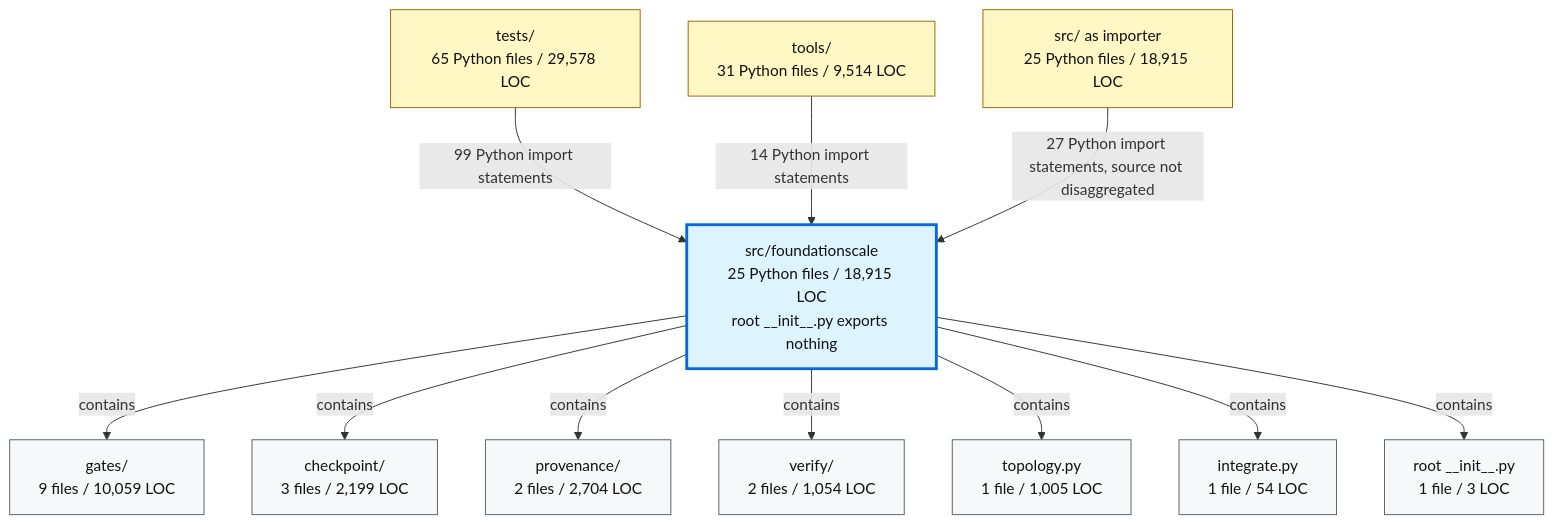
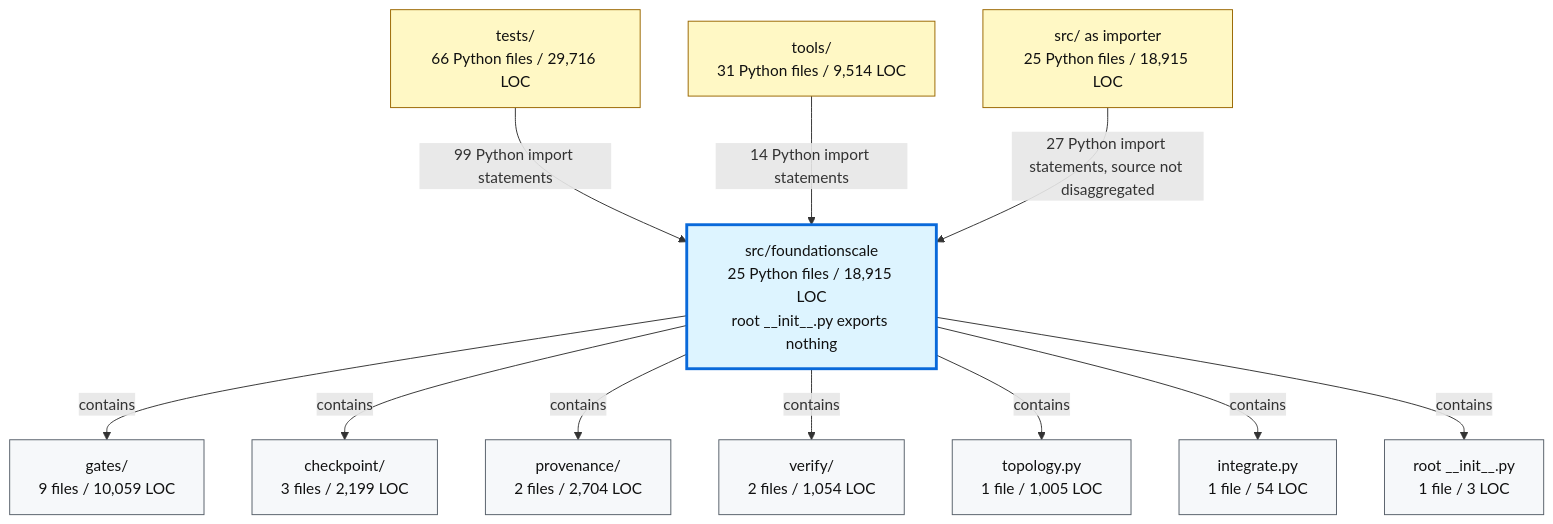
Before and after one commit to TranNhiem/FoundationScale: the second of 2 diagrams in docs/review/D2_current_architecture.md, drawn with Mermaid. The commit also changed 12 other files, not shown here.

````diff
--- a/docs/review/D2_current_architecture.md
+++ b/docs/review/D2_current_architecture.md
@@ -97,36 +97,36 @@
 ```mermaid
 flowchart TB
-  TESTS["tests/<br/>65 Python files / 29,578 LOC"]
+  TESTS["tests/<br/>66 Python files / 29,716 LOC"]
   TOOLS["tools/<br/>31 Python files / 9,514 LOC"]
   SRC["src/ as importer<br/>25 Python files / 18,915 LOC"]
 
   FS["src/foundationscale<br/>25 Python files / 18,915 LOC<br/>root __init__.py exports nothing"]
 
   GATES["gates/<br/>9 files / 10,059 LOC"]
   CKPT["checkpoint/<br/>3 files / 2,199 LOC"]
   PROV["provenance/<br/>2 files / 2,704 LOC"]
   VERIFY["verify/<br/>2 files / 1,054 LOC"]
   TOPO["topology.py<br/>1 file / 1,005 LOC"]
   INTEG["integrate.py<br/>1 file / 54 LOC"]
   ROOT["root __init__.py<br/>1 file / 3 LOC"]
 
   TESTS -->|"99 Python import statements"| FS
   TOOLS -->|"14 Python import statements"| FS
   SRC -->|"27 Python import statements, source not disaggregated"| FS
 
   FS -->|"contains"| GATES
   FS -->|"contains"| CKPT
   FS -->|"contains"| PROV
   FS -->|"contains"| VERIFY
   FS -->|"contains"| TOPO
   FS -->|"contains"| INTEG
   FS -->|"contains"| ROOT
 
   classDef consumer fill:#fff8c5,stroke:#9a6700,color:#111;
   classDef package fill:#ddf4ff,stroke:#0969da,stroke-width:3px,color:#111;
   classDef module fill:#f6f8fa,stroke:#57606a,color:#111;
 
   class TESTS,TOOLS,SRC consumer;
   class FS package;
   class GATES,CKPT,PROV,VERIFY,TOPO,INTEG,ROOT module;
 ```
````
